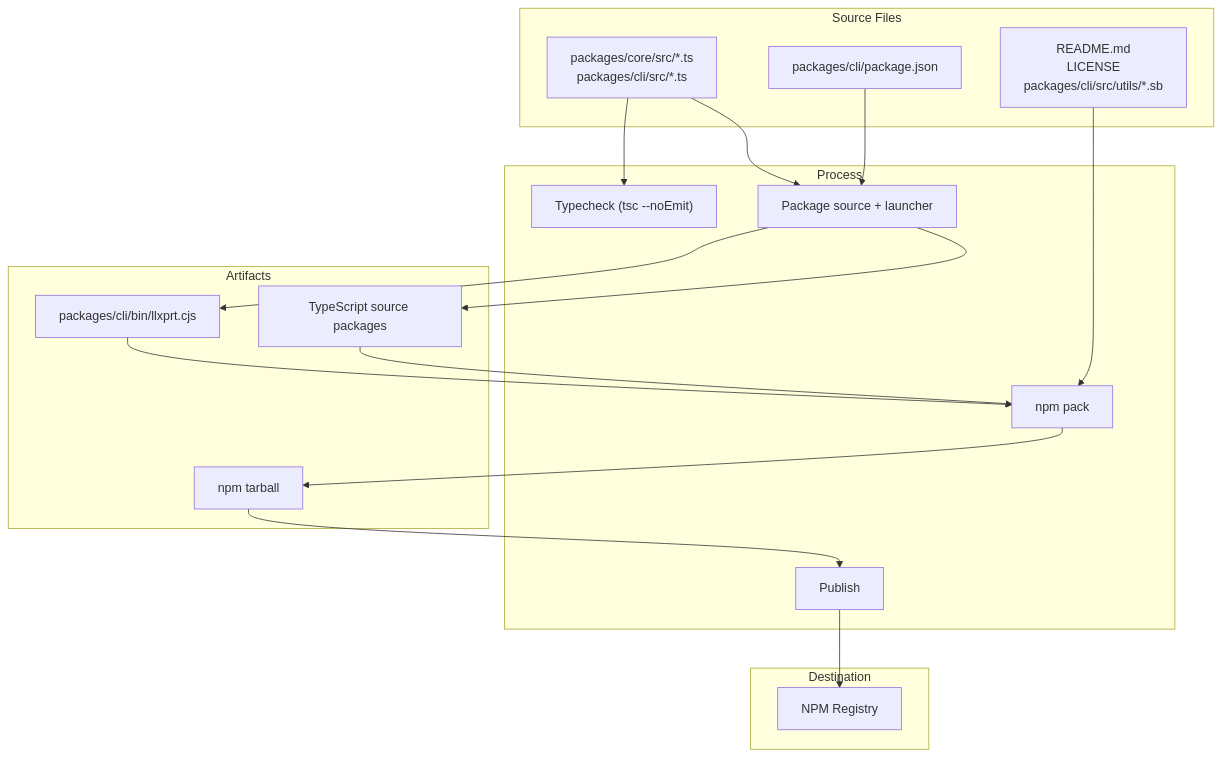
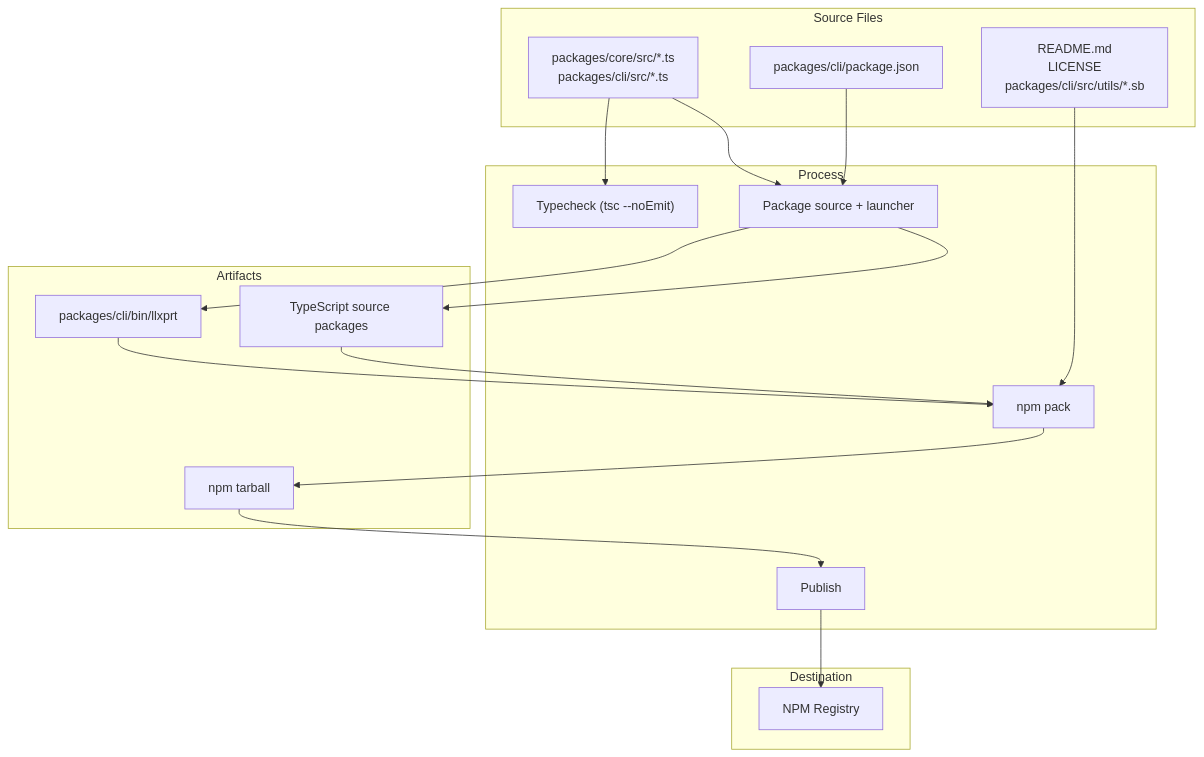
One commit to VVytai/llxprt-code changed the diagram in dev-docs/npm.md. Above: the diagram before and after it, drawn with Mermaid. The commit also changed other lines of this file and 77 other files, not shown here.

````diff
--- a/dev-docs/npm.md
+++ b/dev-docs/npm.md
@@ -216,34 +217,34 @@
 ```mermaid
 graph TD
     subgraph "Source Files"
         A["packages/core/src/*.ts<br/>packages/cli/src/*.ts"]
         B["packages/cli/package.json"]
         C["README.md<br/>LICENSE<br/>packages/cli/src/utils/*.sb"]
     end
 
     subgraph "Process"
         D["Typecheck (tsc --noEmit)"]
         E["Package source + launcher"]
         F["npm pack"]
         G["Publish"]
     end
 
     subgraph "Artifacts"
-        H["packages/cli/bin/llxprt.cjs"]
+        H["packages/cli/bin/llxprt"]
         I["TypeScript source packages"]
         J["npm tarball"]
     end
 
     subgraph "Destination"
         K["NPM Registry"]
     end
 
     A --> D
     A --> E --> I
     B --> E --> H
     C --> F
     H --> F
     I --> F
     F --> J
     J --> G --> K
 ```
````
